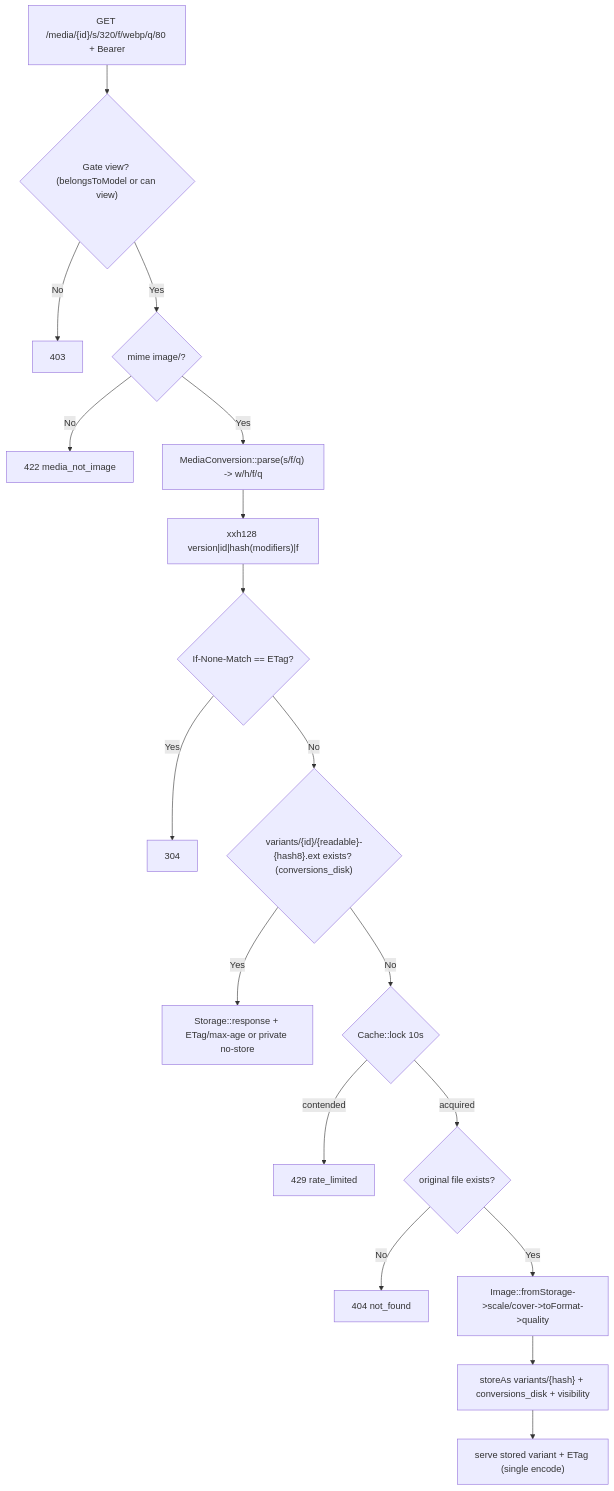
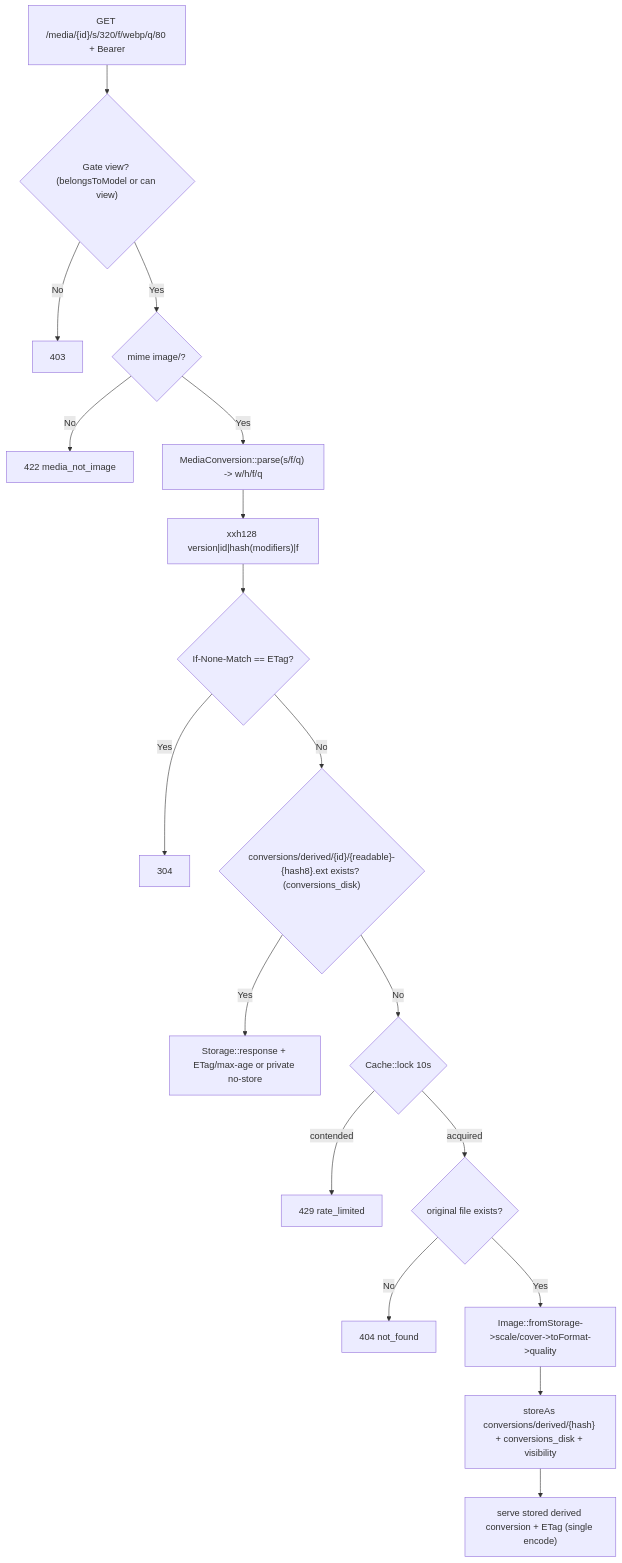
The third of 5 diagrams in modules/Media/README.md (thomiOmi/laravel-starterkit-api), drawn with Mermaid before and after one commit. The commit also changed other lines of this file and 14 other files, not shown here.

First line of the commit message:
refactor(media): follow Spatie conversion pattern, variant -> derived conversion

````diff
--- a/modules/Media/README.md
+++ b/modules/Media/README.md
@@ -177,20 +177,20 @@
 ```mermaid
 flowchart TD
     Req["GET /media/{id}/s/320/f/webp/q/80 + Bearer"] --> Auth{"Gate view? (belongsToModel or can view)"}
     Auth -- No --> N403["403"]
     Auth -- Yes --> IsImg{"mime image/?"}
     IsImg -- No --> N422["422 media_not_image"]
     IsImg -- Yes --> Parse["MediaConversion::parse(s/f/q) -> w/h/f/q"]
     Parse --> ETag["xxh128 version|id|hash(modifiers)|f"]
     ETag --> Match{"If-None-Match == ETag?"}
     Match -- Yes --> N304["304"]
-    Match -- No --> Cache{"variants/{id}/{readable}-{hash8}.ext exists? (conversions_disk)"}
+    Match -- No --> Cache{"conversions/derived/{id}/{readable}-{hash8}.ext exists? (conversions_disk)"}
     Cache -- Yes --> StreamCache["Storage::response + ETag/max-age or private no-store"]
     Cache -- No --> Lock{"Cache::lock 10s"}
     Lock -- contended --> N429["429 rate_limited"]
     Lock -- acquired --> ExistsOrig{"original file exists?"}
     ExistsOrig -- No --> N404["404 not_found"]
     ExistsOrig -- Yes --> Gen["Image::fromStorage->scale/cover->toFormat->quality"]
-    Gen --> Write["storeAs variants/{hash} + conversions_disk + visibility"]
-    Write --> StreamGen["serve stored variant + ETag (single encode)"]
+    Gen --> Write["storeAs conversions/derived/{hash} + conversions_disk + visibility"]
+    Write --> StreamGen["serve stored derived conversion + ETag (single encode)"]
 ```
````
